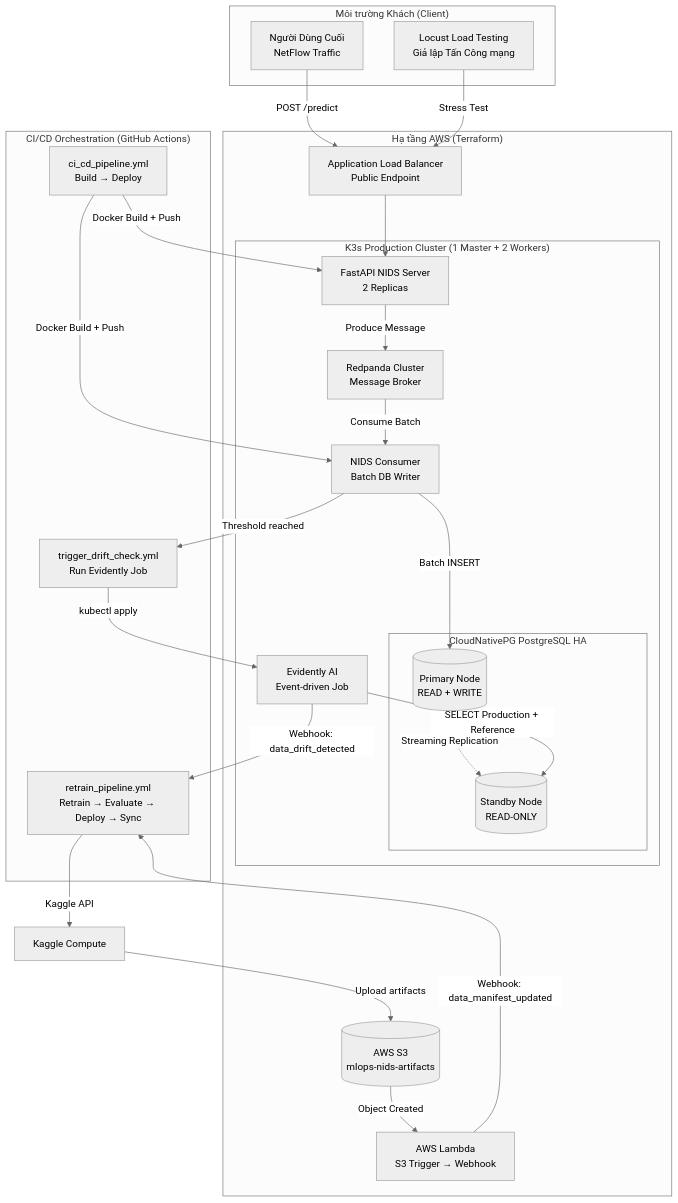
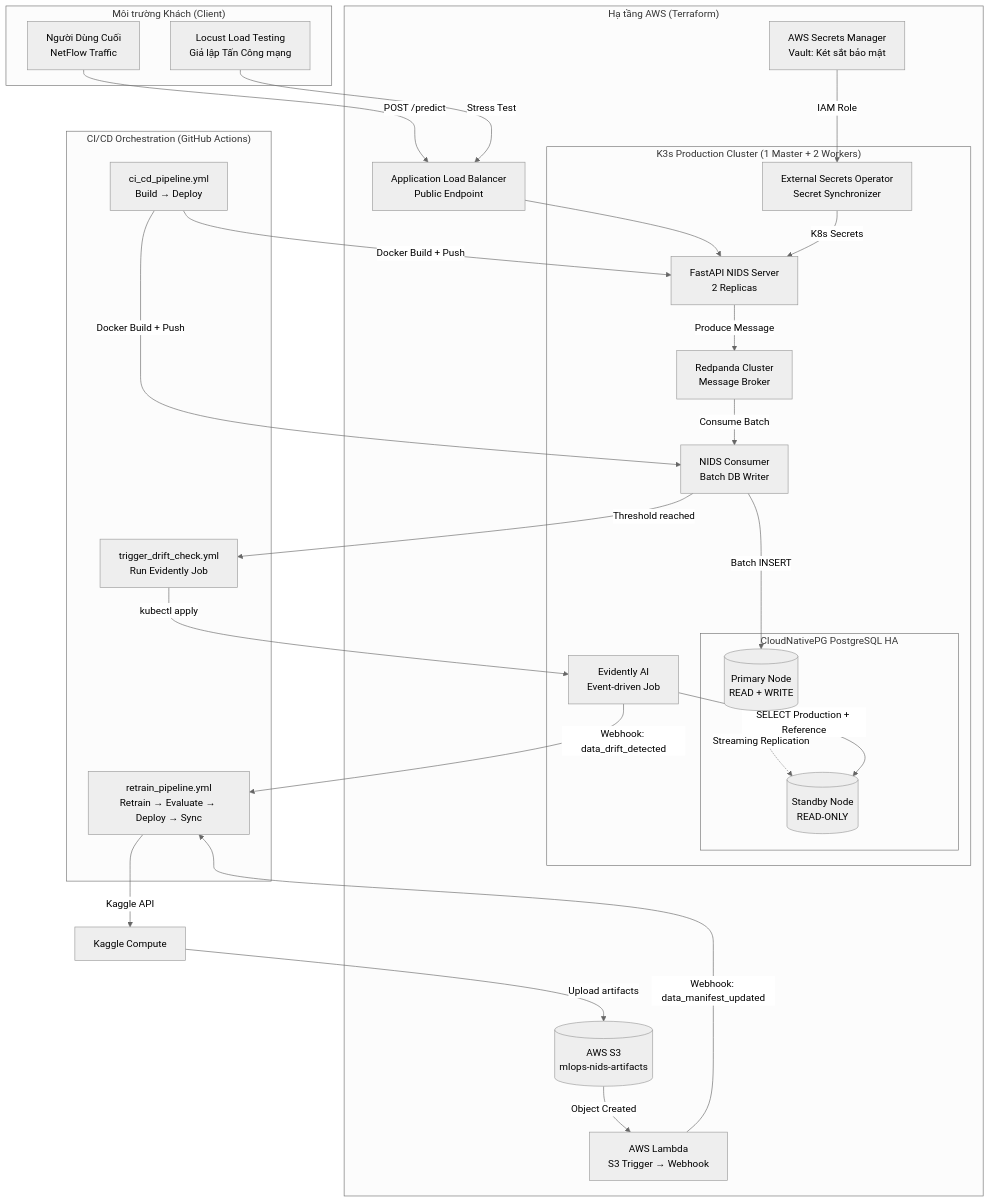
One commit to Viet-Hoang-2005/AdaptML changed the first of 7 diagrams in ARCHITECTURE.md. Above: the diagram before and after it, drawn with Mermaid (neutral theme). The commit also changed other lines of this file, not shown here.

Commit message:
docs: Update the system diagram according to the current Architecture.

````diff
--- a/ARCHITECTURE.md
+++ b/ARCHITECTURE.md
@@ -11,57 +11,61 @@
 ```mermaid
 flowchart TB
     subgraph CLIENT["Môi trường Khách (Client)"]
         USER[Người Dùng Cuối<br/>NetFlow Traffic]
         LOCUST[Locust Load Testing<br/>Giả lập Tấn Công mạng]
     end
 
     subgraph AWS_INFRA["Hạ tầng AWS (Terraform)"]
         ALB[Application Load Balancer<br/>Public Endpoint]
+        ASM[AWS Secrets Manager<br/>Vault: Két sắt bảo mật]
 
         subgraph K3S["K3s Production Cluster (1 Master + 2 Workers)"]
+            ESO[External Secrets Operator<br/>Secret Synchronizer]
             API[FastAPI NIDS Server<br/>2 Replicas]
             REDPANDA[Redpanda Cluster<br/>Message Broker]
             CONSUMER[NIDS Consumer<br/>Batch DB Writer]
 
             subgraph CNPG["CloudNativePG PostgreSQL HA"]
                 PG_PRIMARY[(Primary Node<br/>READ + WRITE)]
                 PG_STANDBY[(Standby Node<br/>READ-ONLY)]
             end
 
             EVIDENTLY[Evidently AI<br/>Event-driven Job]
         end
 
         S3[(AWS S3<br/>mlops-nids-artifacts)]
         LAMBDA[AWS Lambda<br/>S3 Trigger → Webhook]
     end
 
     subgraph CICD["CI/CD Orchestration (GitHub Actions)"]
         GH_CICD[ci_cd_pipeline.yml<br/>Build → Deploy]
         GH_RETRAIN[retrain_pipeline.yml<br/>Retrain → Evaluate → Deploy → Sync]
         GH_DRIFT[trigger_drift_check.yml<br/>Run Evidently Job]
     end
 
     USER -->|POST /predict| ALB
     LOCUST -->|Stress Test| ALB
     ALB --> API
 
     API -->|Produce Message| REDPANDA
     REDPANDA -->|Consume Batch| CONSUMER
     CONSUMER -->|Batch INSERT| PG_PRIMARY
     CONSUMER -->|Threshold reached| GH_DRIFT
+    ASM -->|IAM Role| ESO
+    ESO -->|K8s Secrets| API
 
     PG_PRIMARY -.->|Streaming Replication| PG_STANDBY
     EVIDENTLY -->|SELECT Production + Reference| PG_STANDBY
 
     GH_DRIFT -->|kubectl apply| EVIDENTLY
     EVIDENTLY -->|Webhook: data_drift_detected| GH_RETRAIN
 
     S3 -->|Object Created| LAMBDA
     LAMBDA -->|Webhook: data_manifest_updated| GH_RETRAIN
 
     GH_RETRAIN -->|Kaggle API| TRAIN[Kaggle Compute]
     TRAIN -->|Upload artifacts| S3
 
     GH_CICD -->|Docker Build + Push| API
     GH_CICD -->|Docker Build + Push| CONSUMER
 ```
````
